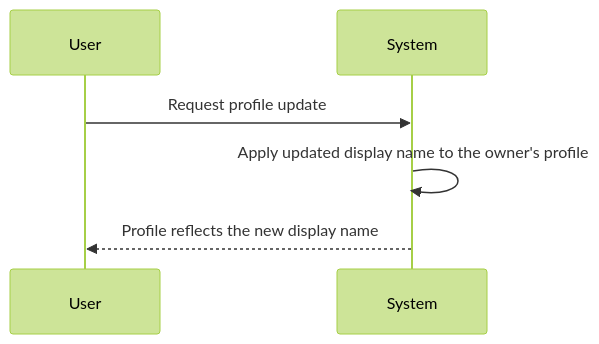
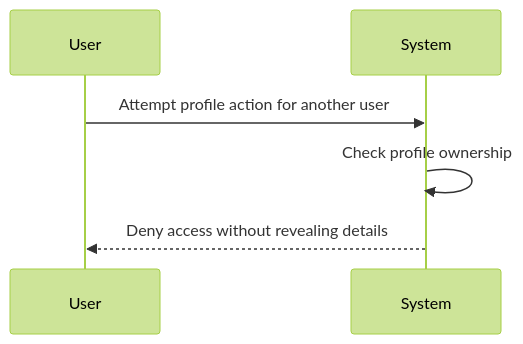
One commit to wrtnlabs/autobe-examples changed the fourth of 4 diagrams in openai/gpt-5.4-mini/todo/docs/analysis/03-functional-requirements.md. Above: the diagram before and after it, drawn with Mermaid (forest theme). The commit also changed other lines of this file and 6645 other files, not shown here.

````diff
--- a/openai/gpt-5.4-mini/todo/docs/analysis/03-functional-requirements.md
+++ b/openai/gpt-5.4-mini/todo/docs/analysis/03-functional-requirements.md
@@ -115,8 +312,8 @@
 ```mermaid
 sequenceDiagram
     participant U as User
     participant S as System
-    U->>S: Request profile update
-    S->>S: Apply updated display name to the owner's profile
-    S-->>U: Profile reflects the new display name
+    U->>S: Attempt profile action for another user
+    S->>S: Check profile ownership
+    S-->>U: Deny access without revealing details
 ```
````
